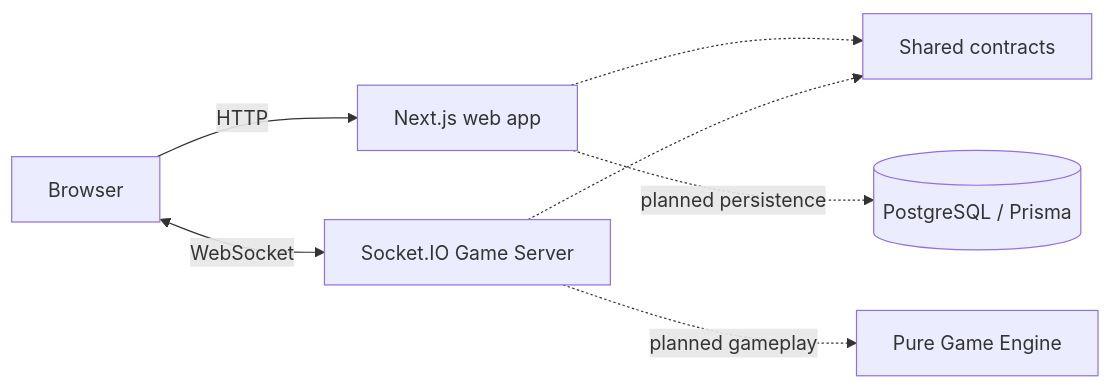
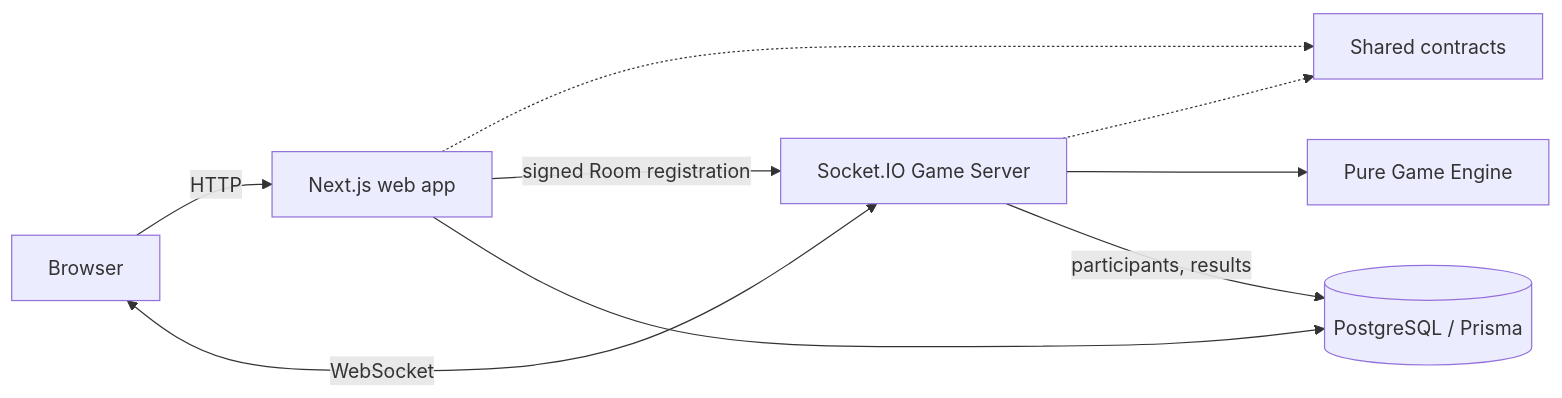
Before and after one commit to codesuke/AptiQuiz: the diagram in README.md, drawn with Mermaid. The commit also changed other lines of this file and 16 other files, not shown here.

````diff
--- a/README.md
+++ b/README.md
@@ -240,9 +249,11 @@
 ```mermaid
 flowchart LR
     Browser[Browser] -->|HTTP| Web[Next.js web app]
     Browser <-->|WebSocket| Server[Socket.IO Game Server]
     Web -.-> Contracts[Shared contracts]
     Server -.-> Contracts
-    Server -. planned gameplay .-> Engine[Pure Game Engine]
-    Web -. planned persistence .-> Database[(PostgreSQL / Prisma)]
+    Server --> Engine[Pure Game Engine]
+    Web -->|signed Room registration| Server
+    Web --> Database[(PostgreSQL / Prisma)]
+    Server -->|participants, results| Database
 ```
````
